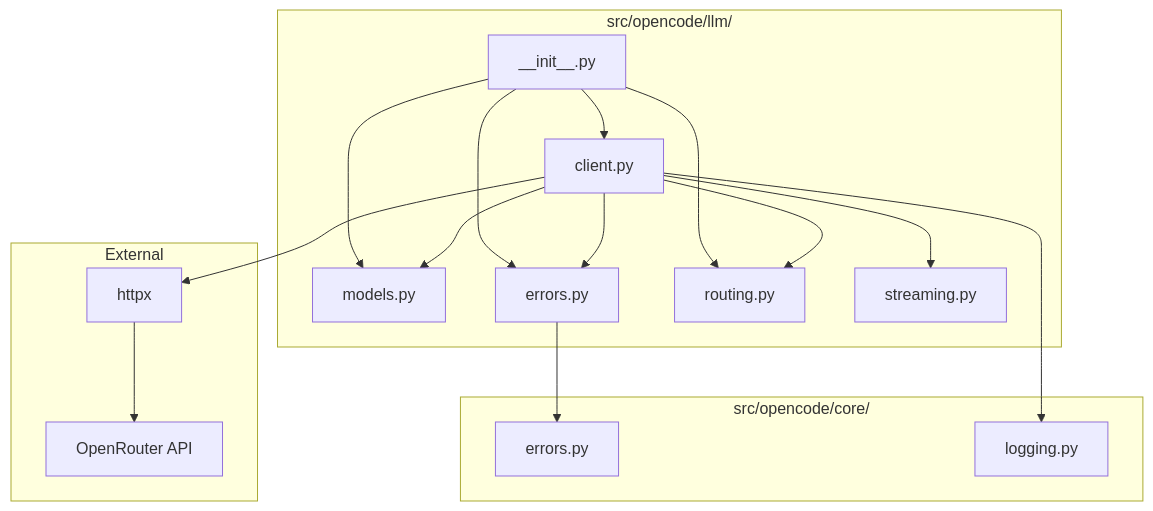
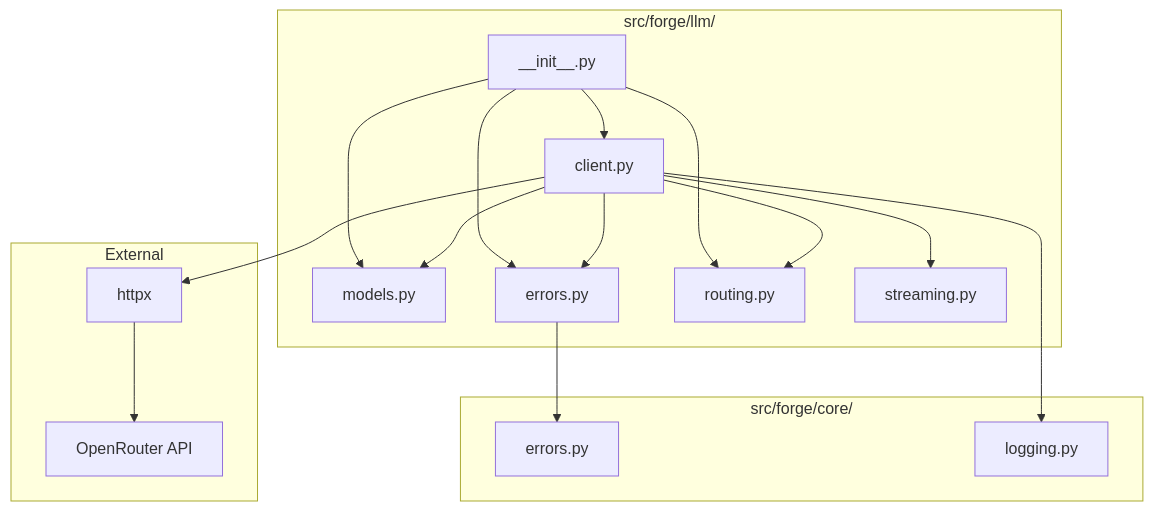
One commit to corey-rosamond/Code-Forge changed the tenth of 12 diagrams in .ai/phase/3.1/UML.md. Above: the diagram before and after it, drawn with Mermaid. The commit also changed other lines of this file and 505 other files, not shown here.

````diff
--- a/.ai/phase/3.1/UML.md
+++ b/.ai/phase/3.1/UML.md
@@ -457,37 +457,37 @@
 ```mermaid
 flowchart TB
-    subgraph LLMPackage["src/opencode/llm/"]
+    subgraph LLMPackage["src/forge/llm/"]
         INIT["__init__.py"]
         CLIENT["client.py"]
         MODELS["models.py"]
         ERRORS["errors.py"]
         ROUTING["routing.py"]
         STREAMING["streaming.py"]
     end
 
-    subgraph Core["src/opencode/core/"]
+    subgraph Core["src/forge/core/"]
         CORE_ERRORS["errors.py"]
         LOGGING["logging.py"]
     end
 
     subgraph External["External"]
         HTTPX[httpx]
         OPENROUTER[OpenRouter API]
     end
 
     CLIENT --> MODELS
     CLIENT --> ERRORS
     CLIENT --> ROUTING
     CLIENT --> STREAMING
     CLIENT --> LOGGING
     CLIENT --> HTTPX
 
     ERRORS --> CORE_ERRORS
 
     HTTPX --> OPENROUTER
 
     INIT --> CLIENT
     INIT --> MODELS
     INIT --> ERRORS
     INIT --> ROUTING
 ```
````
